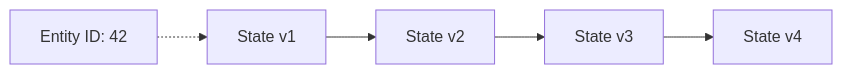
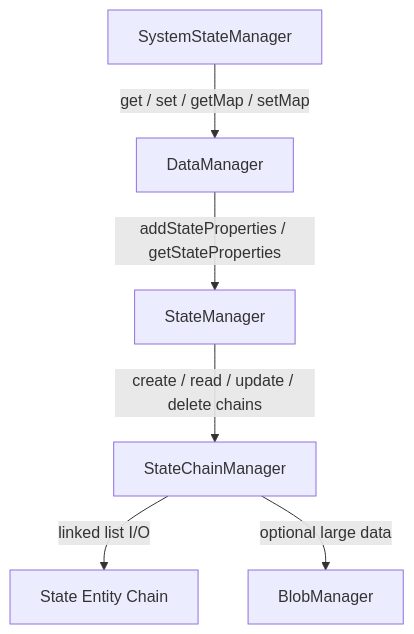
One commit to nexepic/zyx changed the first of 5 diagrams in docs/apps/docs/content/docs/en/zyx/algorithms/state-chain-optimistic-locking.mdx. Above: the diagram before and after it, drawn with Mermaid. The commit also changed other lines of this file and 73 other files, not shown here.

````diff
--- a/docs/apps/docs/content/docs/en/zyx/algorithms/state-chain-optimistic-locking.mdx
+++ b/docs/apps/docs/content/docs/en/zyx/algorithms/state-chain-optimistic-locking.mdx
@@ -43,9 +24,8 @@
 ```mermaid
-graph LR
-    A[State v1] --> B[State v2]
-    B --> C[State v3]
-    C --> D[State v4]
-
-    E[Entity ID: 42]
-    E -.-> A
+graph TD
+    A[SystemStateManager] -->|get / set / getMap / setMap| B[DataManager]
+    B -->|addStateProperties / getStateProperties| C[StateManager]
+    C -->|create / read / update / delete chains| D[StateChainManager]
+    D -->|linked list I/O| E[State Entity Chain]
+    D -->|optional large data| F[BlobManager]
 ```
````
